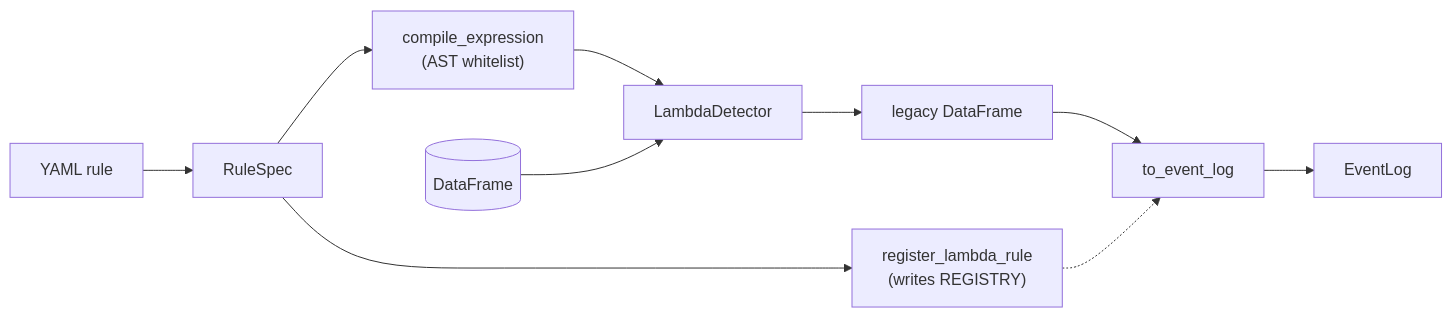
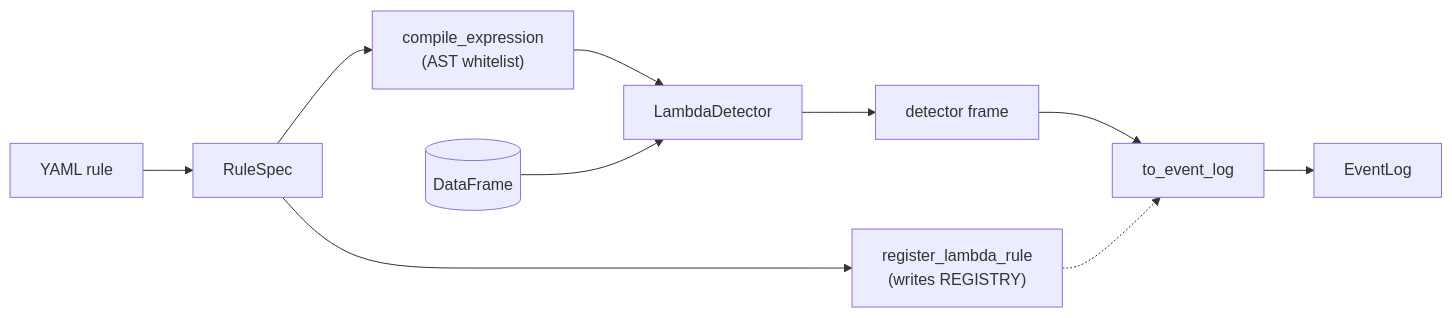
The second of 5 diagrams in docs/guides/lambda-rules.md (ts-shape/ts-shape), drawn with Mermaid before and after one commit. The commit also changed 235 other files, not shown here.

````diff
--- a/docs/guides/lambda-rules.md
+++ b/docs/guides/lambda-rules.md
@@ -54,12 +54,12 @@
 ```mermaid
 flowchart LR
     Y["YAML rule"] --> SP["RuleSpec"]
     SP --> COMP["compile_expression<br/>(AST whitelist)"]
     COMP --> LD["LambdaDetector"]
     SP --> REG["register_lambda_rule<br/>(writes REGISTRY)"]
     DF[("DataFrame")] --> LD
-    LD --> LG["legacy DataFrame"]
+    LD --> LG["detector frame"]
     LG --> NORM["to_event_log"]
     REG -.-> NORM
     NORM --> EL["EventLog"]
 ```
````
